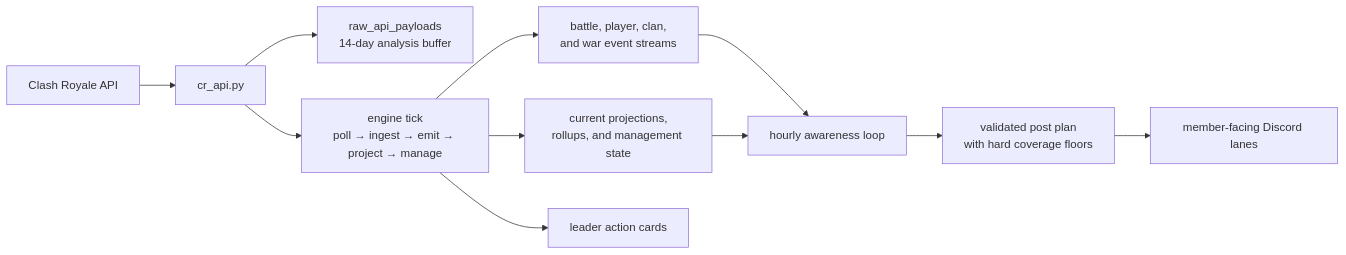
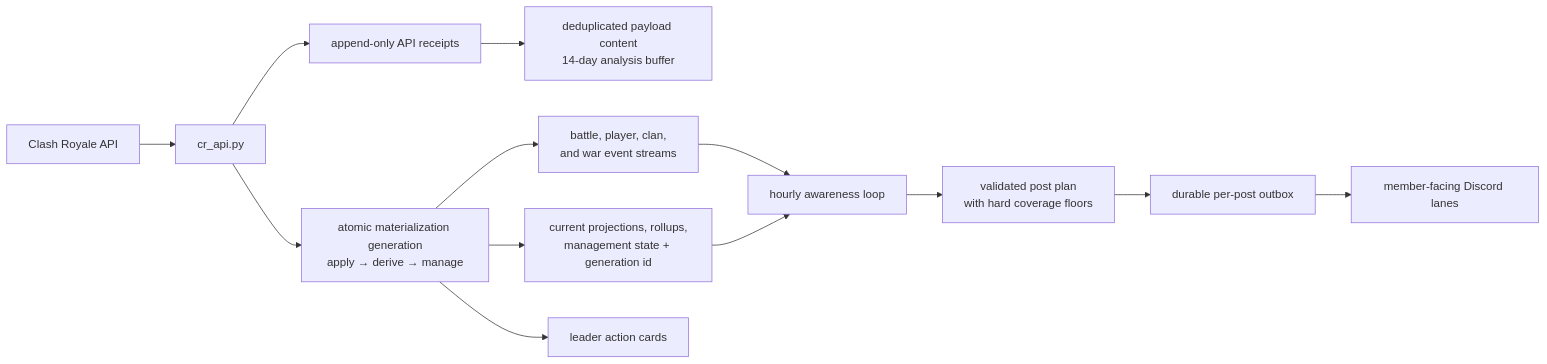
One commit to jthingelstad/elixir-bot changed the diagram in README.md. Above: the diagram before and after it, drawn with Mermaid. The commit also changed other lines of this file and 42 other files, not shown here.

````diff
--- a/README.md
+++ b/README.md
@@ -14,13 +14,15 @@
 ```mermaid
 flowchart LR
     API["Clash Royale API"] --> INGRESS["cr_api.py"]
-    INGRESS --> RAW["raw_api_payloads<br/>14-day analysis buffer"]
-    INGRESS --> TICK["engine tick<br/>poll → ingest → emit → project → manage"]
+    INGRESS --> RECEIPTS["append-only API receipts"]
+    RECEIPTS --> RAW["deduplicated payload content<br/>14-day analysis buffer"]
+    INGRESS --> TICK["atomic materialization generation<br/>apply → derive → manage"]
     TICK --> STREAMS["battle, player, clan,<br/>and war event streams"]
-    TICK --> READS["current projections,<br/>rollups, and management state"]
+    TICK --> READS["current projections, rollups,<br/>management state + generation id"]
     STREAMS --> AWARE["hourly awareness loop"]
     READS --> AWARE
     AWARE --> PLAN["validated post plan<br/>with hard coverage floors"]
-    PLAN --> DISCORD["member-facing Discord lanes"]
+    PLAN --> OUTBOX["durable per-post outbox"]
+    OUTBOX --> DISCORD["member-facing Discord lanes"]
     TICK --> ACTIONS["leader action cards"]
 ```
````
